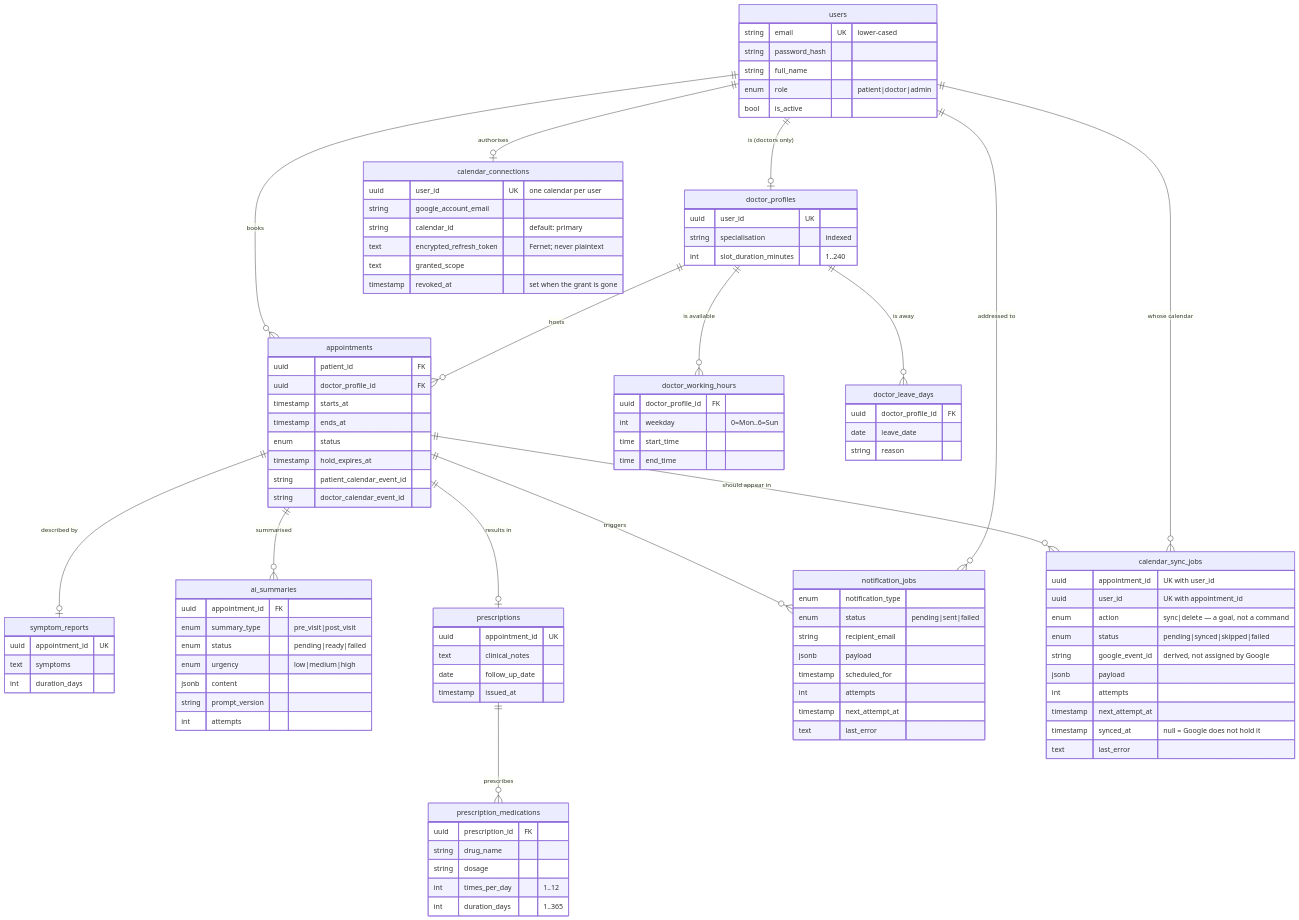
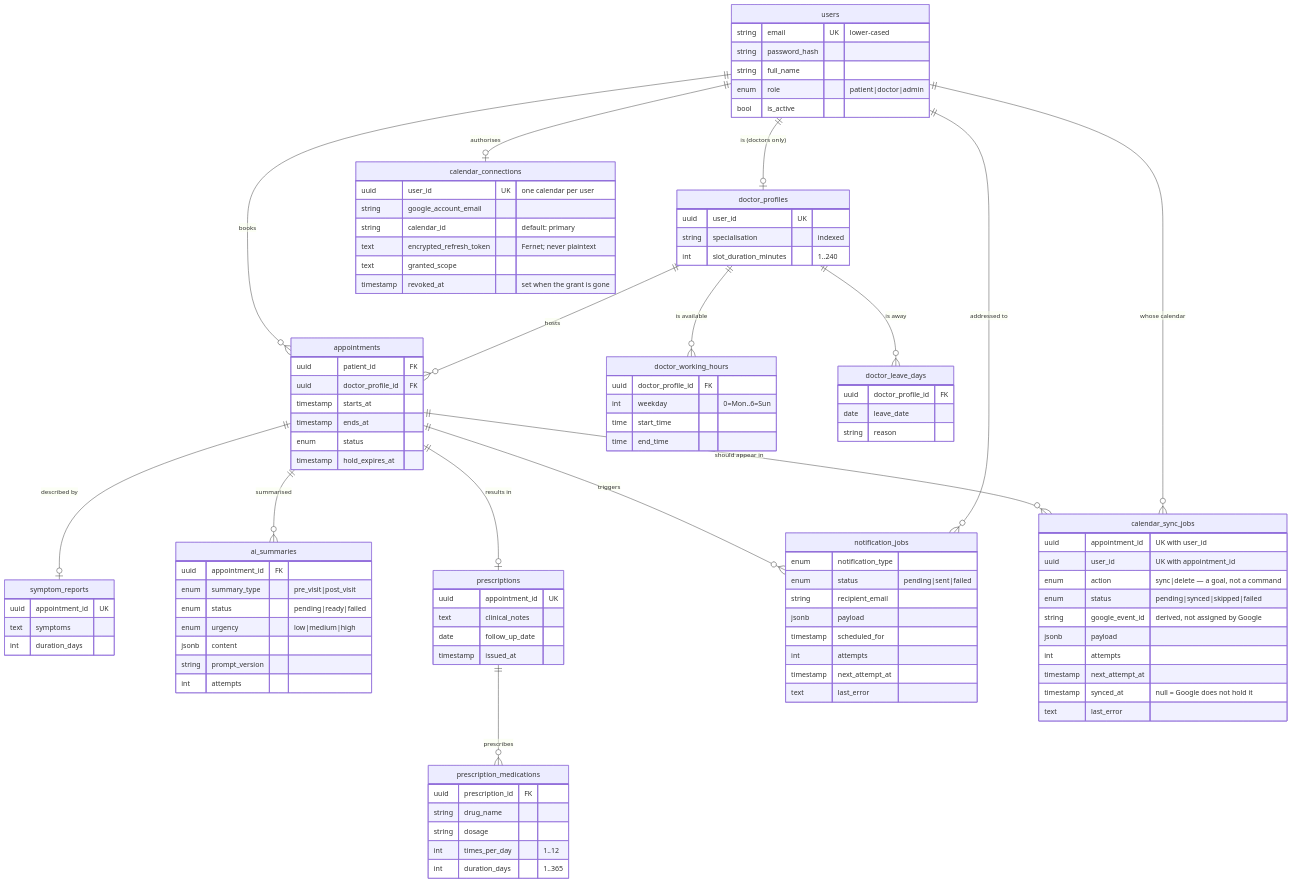
Before and after one commit to Nishant8677/Healthcare_Appointment_Manager: the diagram in docs/data-model.md, drawn with Mermaid. The commit also changed 2 other files, not shown here.

Commit message:
refactor: drop the appointment calendar event id columns nothing used
appointments.patient_calendar_event_id and doctor_calendar_event_id were added
in Phase 7 to hold Google event ids so a reschedule or cancellation could update
the right entries. The reconciler Phase 7 actually shipped solved it differently:
calendar_sync_jobs holds one row per calendar per appointment and the event id
lives there, on the row that already knows the desired state.

So the columns were declared, documented in data-model.md, and never read or
written - a grep across src/ and tests/ found only the declaration. Noticed
while tracing where an event id was stored during the live calendar run, which
is exactly the cost: they are the first place a reader looks, and they answer
wrongly.

Verified empty before dropping rather than assumed: 17 appointments, zero
non-null in either column. That is also what makes the downgrade honest - there
is no data to lose, so restoring the columns restores the schema exactly.
Round-tripped upgrade, downgrade and upgrade against a populated database.

370 tests, mypy and ruff unchanged, because nothing referenced them.

```diff
--- a/docs/data-model.md
+++ b/docs/data-model.md
@@ -52,8 +52,6 @@
         timestamp ends_at
         enum      status
         timestamp hold_expires_at
-        string    patient_calendar_event_id
-        string    doctor_calendar_event_id
     }
     symptom_reports {
         uuid appointment_id UK
```
